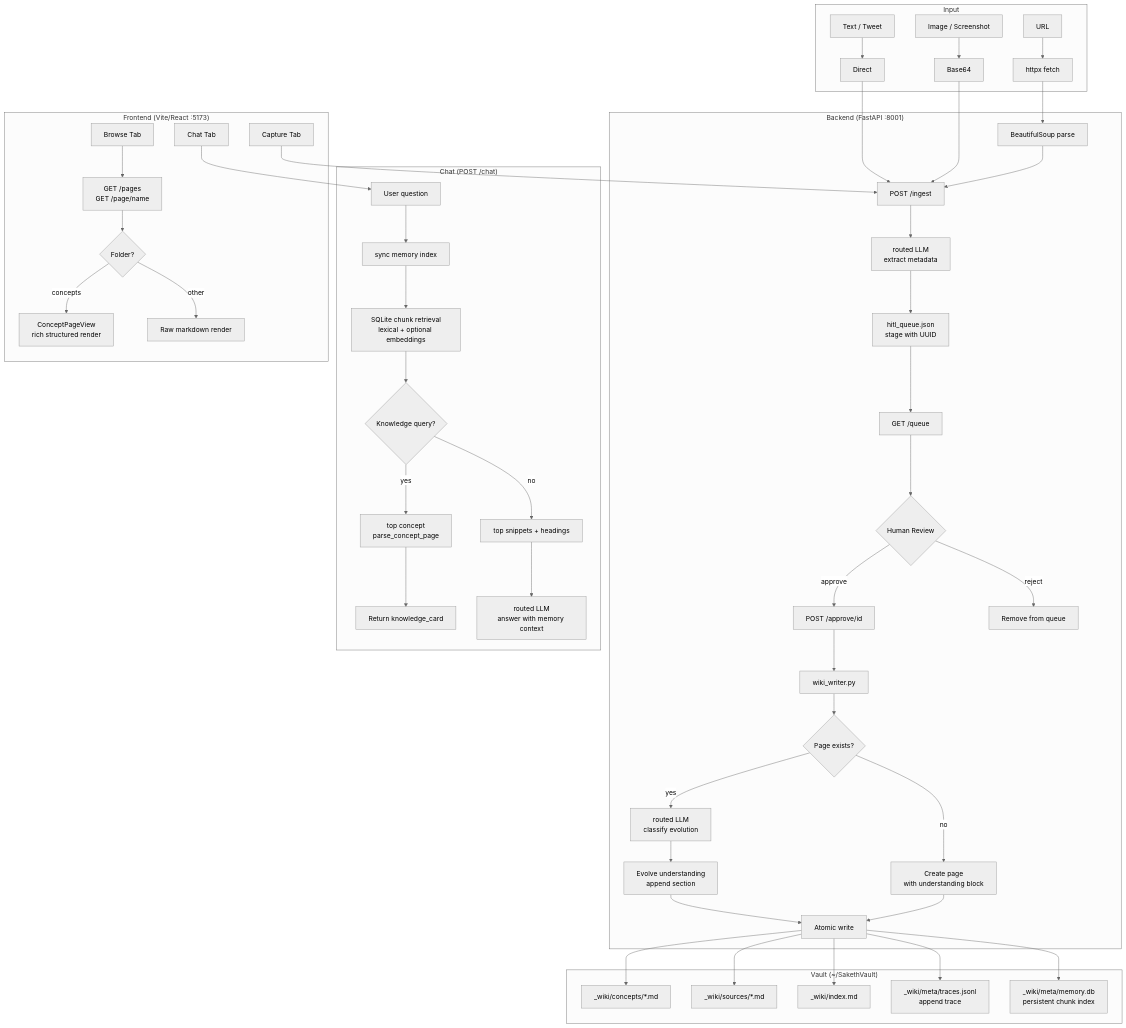
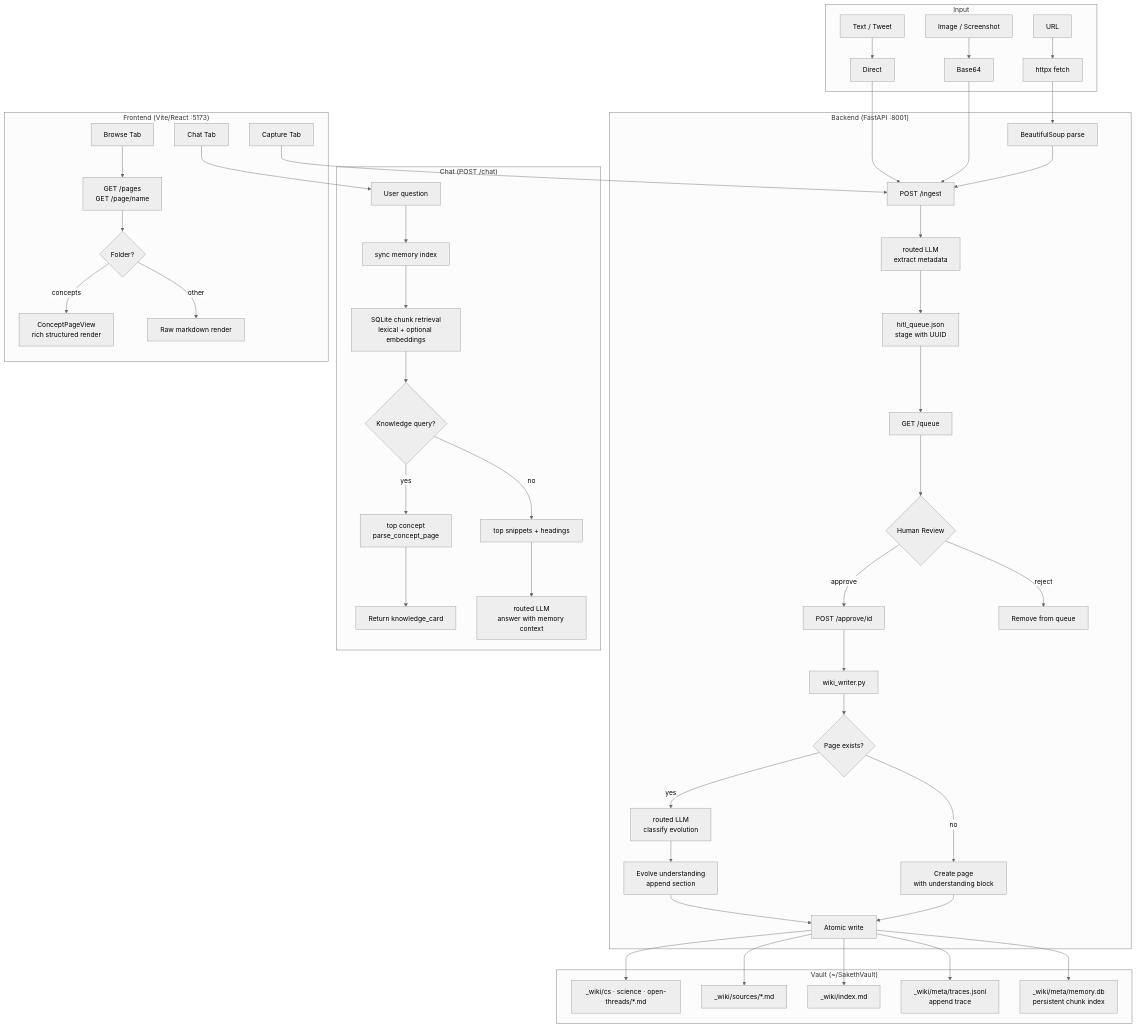
The second of 9 diagrams in CONCEPTS.md (Sakethv7/SakethWiki), drawn with Mermaid (neutral theme) before and after one commit. The commit also changed other lines of this file and 1 other file, not shown here.

First line of the commit message:
Align architecture docs with code: routing, SQLite index, vault layout

````diff
--- a/CONCEPTS.md
+++ b/CONCEPTS.md
@@ -15,55 +15,55 @@
 ```mermaid
 graph TB
     subgraph Input
         A[URL] --> B[httpx fetch]
         C[Text / Tweet] --> D[Direct]
         E[Image / Screenshot] --> F[Base64]
     end
 
     subgraph Backend["Backend (FastAPI :8001)"]
         B --> G[BeautifulSoup parse]
         D --> H
         F --> H
         G --> H[POST /ingest]
         H --> I[routed LLM\nextract metadata]
         I --> J[hitl_queue.json\nstage with UUID]
         J --> K[GET /queue]
         K --> L{Human Review}
         L -- approve --> M[POST /approve/id]
         L -- reject --> N[Remove from queue]
         M --> O[wiki_writer.py]
         O --> P{Page exists?}
         P -- yes --> Q[routed LLM\nclassify evolution]
         P -- no --> R[Create page\nwith understanding block]
         Q --> S[Evolve understanding\nappend section]
         S --> T[Atomic write]
         R --> T
     end
 
     subgraph Vault["Vault (~/SakethVault)"]
-        T --> U[_wiki/concepts/*.md]
+        T --> U[_wiki/cs · science · open-threads/*.md]
         T --> V[_wiki/sources/*.md]
         T --> W[_wiki/index.md]
         T --> TR[_wiki/meta/traces.jsonl\nappend trace]
         T --> MM[_wiki/meta/memory.db\npersistent chunk index]
     end
 
     subgraph Chat["Chat (POST /chat)"]
         X[User question] --> MX[sync memory index]
         MX --> MY[SQLite chunk retrieval\nlexical + optional embeddings]
         MY --> Y{Knowledge query?}
         Y -- yes --> Z[top concept\nparse_concept_page]
         Y -- no --> AA[top snippets + headings]
         Z --> AB[Return knowledge_card]
         AA --> AC[routed LLM\nanswer with memory context]
     end
 
     subgraph Frontend["Frontend (Vite/React :5173)"]
         CA[Capture Tab] --> H
         CB[Chat Tab] --> X
         CC[Browse Tab] --> CD[GET /pages\nGET /page/name]
         CD --> CE{Folder?}
         CE -- concepts --> CF[ConceptPageView\nrich structured render]
         CE -- other --> CG[Raw markdown render]
     end
 ```
````
